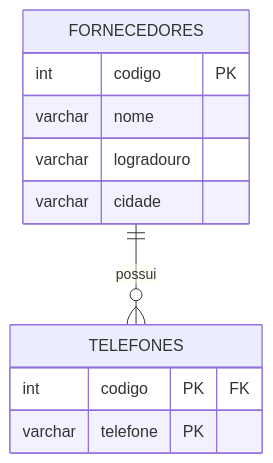
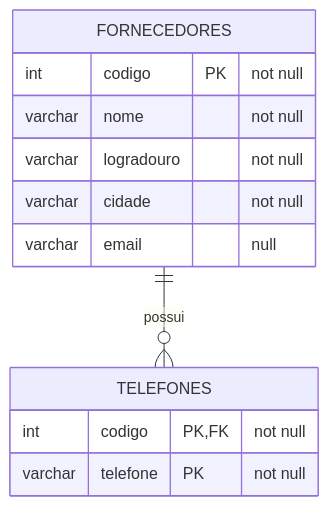
Before and after one commit to howardroatti/banco-de-dados-faesa: the diagram in unidades/04-modelagem/assets/tab-fornecedor.mmd, drawn with Mermaid. The commit also changed 12 other files, not shown here.

Commit message:
Deck logico: nulabilidade (not null) nas tabelas, dicas SQL Power Architect e legenda crow's foot (da apresentacao do professor)

```diff
--- a/unidades/04-modelagem/assets/tab-fornecedor.mmd
+++ b/unidades/04-modelagem/assets/tab-fornecedor.mmd
@@ -1,12 +1,13 @@
 erDiagram
     FORNECEDORES ||--o{ TELEFONES : possui
     FORNECEDORES {
-        int codigo PK
-        varchar nome
-        varchar logradouro
-        varchar cidade
+        int codigo PK "not null"
+        varchar nome "not null"
+        varchar logradouro "not null"
+        varchar cidade "not null"
+        varchar email "null"
     }
     TELEFONES {
-        int codigo PK "FK"
-        varchar telefone PK
+        int codigo PK,FK "not null"
+        varchar telefone PK "not null"
     }
```
